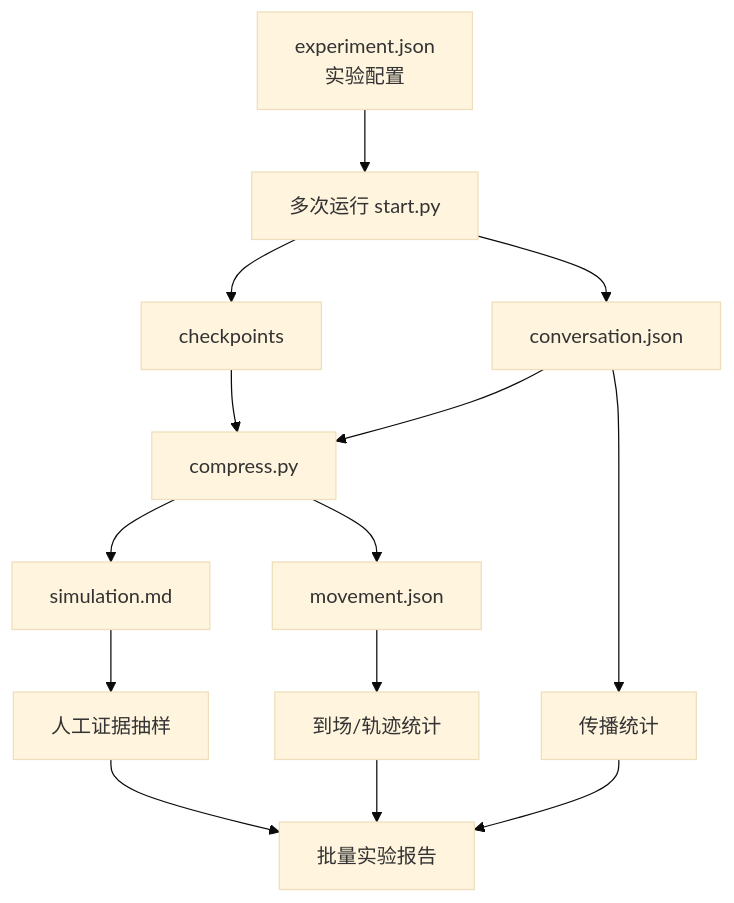
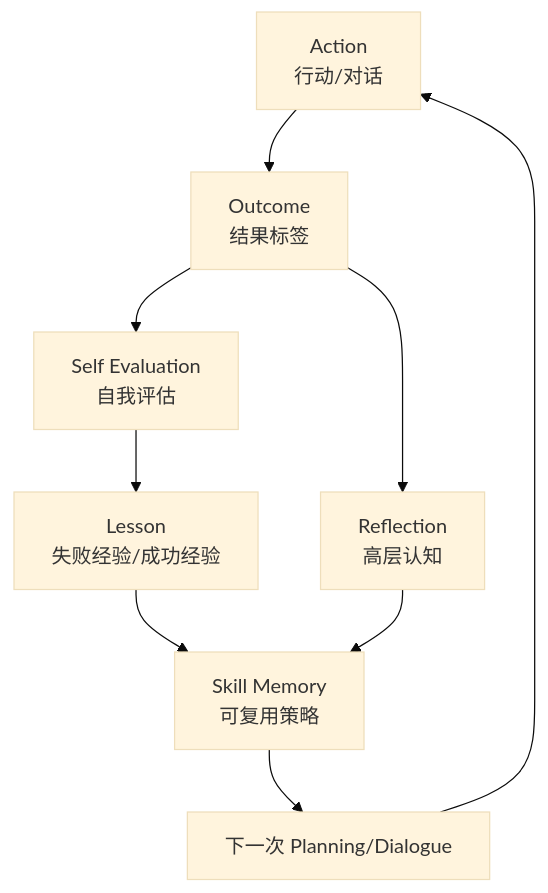
Before and after one commit to tbkken/GenerativeAgentsCN: the diagram in docs/book/manuscript/part_05/chapter_33.md, drawn with Mermaid (base theme). The commit also changed other lines of this file and 60 other files, not shown here.

````diff
--- a/docs/book/manuscript/part_05/chapter_33.md
+++ b/docs/book/manuscript/part_05/chapter_33.md
@@ -36,16 +44,11 @@
 ```mermaid
 flowchart TD
-    Config[experiment.json<br/>实验配置] --> Runs[多次运行 start.py]
-    Runs --> CK[checkpoints]
-    Runs --> Conv[conversation.json]
-    CK --> Compress[compress.py]
-    Conv --> Compress
-    Compress --> Sim[simulation.md]
-    Compress --> Move[movement.json]
-    Conv --> Diff[传播统计]
-    Move --> Attend[到场/轨迹统计]
-    Sim --> Evidence[人工证据抽样]
-    Diff --> Report[批量实验报告]
-    Attend --> Report
-    Evidence --> Report
+    A[Action<br/>行动/对话] --> O[Outcome<br/>结果标签]
+    O --> E[Self Evaluation<br/>自我评估]
+    E --> L[Lesson<br/>失败经验/成功经验]
+    L --> S[Skill Memory<br/>可复用策略]
+    S --> P[下一次 Planning/Dialogue]
+    P --> A
+    O --> R[Reflection<br/>高层认知]
+    R --> S
 ```
````
